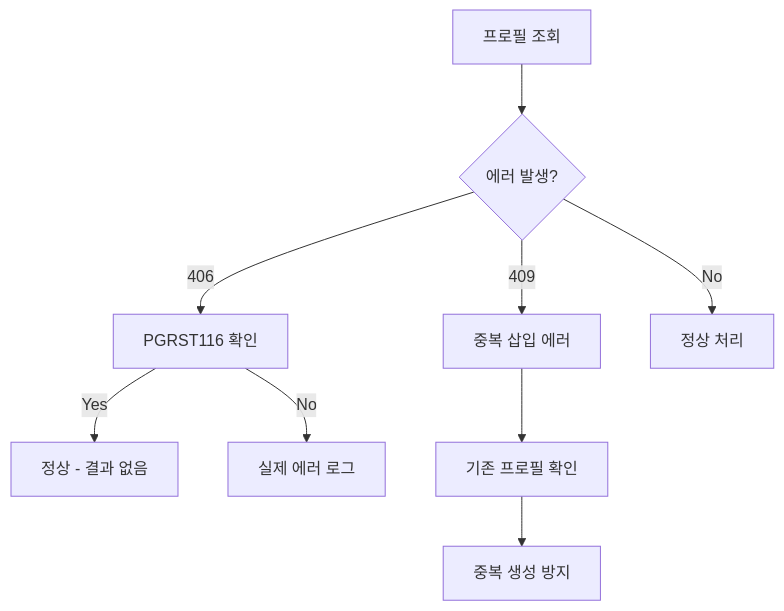
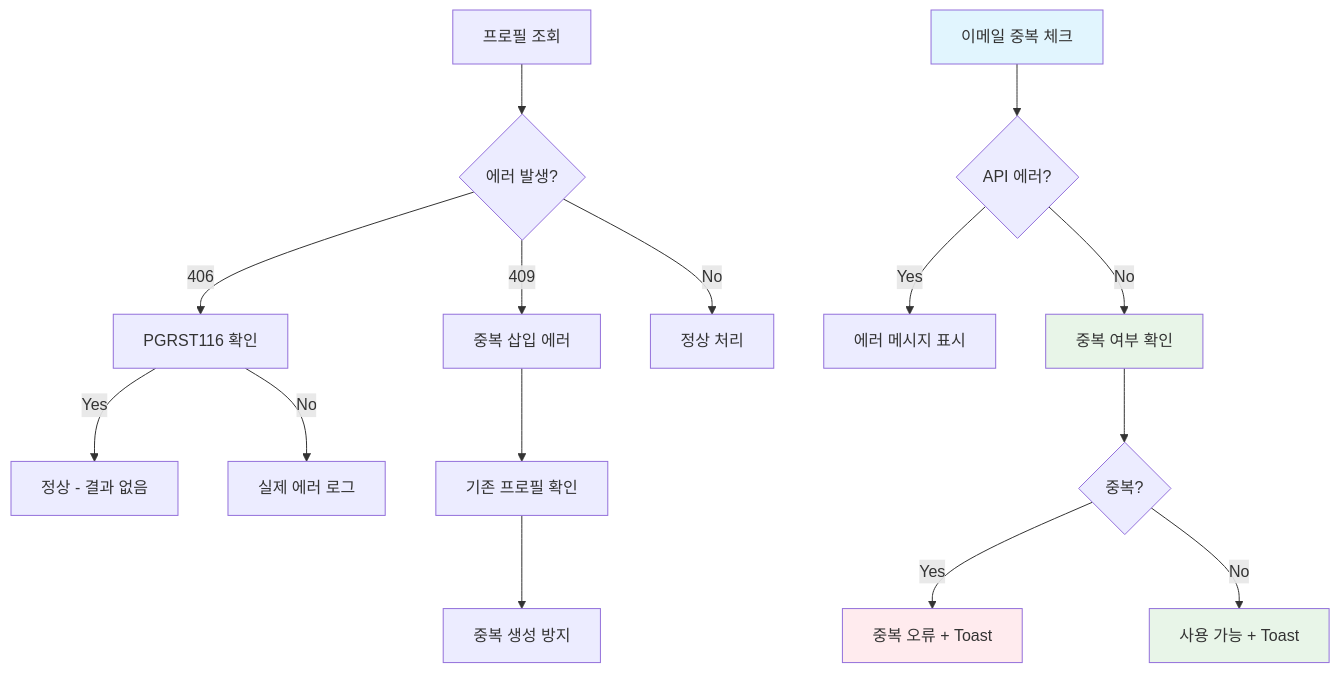
One commit to cheesepizza453/move_togaether changed the third of 6 diagrams in docs/worklog/20250903_인증_시스템_완성_및_UI_개선.md. Above: the diagram before and after it, drawn with Mermaid. The commit also changed other lines of this file and 8 other files, not shown here.

Commit message:
이메일 중복 체크 시스템 개선: user_profiles 테이블에 email 컬럼 추가 및 중복 체크 API 개선. 회원가입 플로우에서 이메일 중복 체크 기능 구현, 실시간 검증 및 사용자 경험 향상. 닉네임 중복 체크 정책 추가.

````diff
--- a/docs/worklog/20250903_인증_시스템_완성_및_UI_개선.md
+++ b/docs/worklog/20250903_인증_시스템_완성_및_UI_개선.md
@@ -286,11 +293,23 @@
 ```mermaid
 graph TD
     A[프로필 조회] --> B{에러 발생?}
     B -->|406| C[PGRST116 확인]
     C -->|Yes| D[정상 - 결과 없음]
     C -->|No| E[실제 에러 로그]
     B -->|409| F[중복 삽입 에러]
     F --> G[기존 프로필 확인]
     G --> H[중복 생성 방지]
     B -->|No| I[정상 처리]
+
+    J[이메일 중복 체크] --> K{API 에러?}
+    K -->|Yes| L[에러 메시지 표시]
+    K -->|No| M[중복 여부 확인]
+    M --> N{중복?}
+    N -->|Yes| O[중복 오류 + Toast]
+    N -->|No| P[사용 가능 + Toast]
+
+    style J fill:#e1f5fe
+    style M fill:#e8f5e8
+    style O fill:#ffebee
+    style P fill:#e8f5e8
 ```
````
